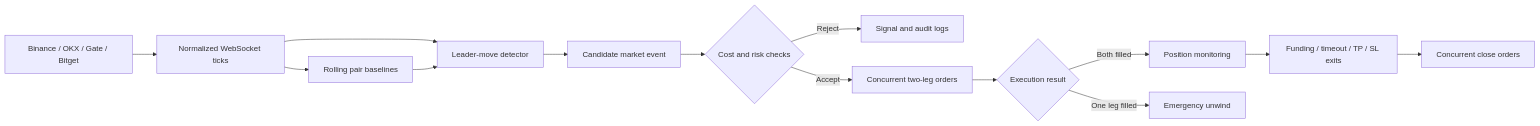
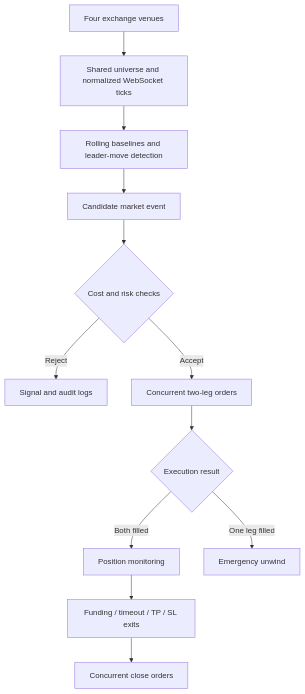
One commit to liurenchang62/cross-exchange-perpetual-swap-spread-arbitrage-system changed the diagram in README.md. Above: the diagram before and after it, drawn with Mermaid.

Commit message:
docs: improve architecture diagram readability

````diff
--- a/README.md
+++ b/README.md
@@ -20,16 +20,14 @@
 ```mermaid
-flowchart LR
-    A[Binance / OKX / Gate / Bitget] --> B[Normalized WebSocket ticks]
-    B --> C[Rolling pair baselines]
-    B --> D[Leader-move detector]
-    C --> D
-    D --> E[Candidate market event]
-    E --> F{Cost and risk checks}
-    F -->|Reject| G[Signal and audit logs]
-    F -->|Accept| H[Concurrent two-leg orders]
-    H --> I{Execution result}
-    I -->|Both filled| J[Position monitoring]
-    I -->|One leg filled| K[Emergency unwind]
-    J --> L[Funding / timeout / TP / SL exits]
-    L --> M[Concurrent close orders]
+flowchart TB
+    A[Four exchange venues] --> B[Shared universe and normalized WebSocket ticks]
+    B --> C[Rolling baselines and leader-move detection]
+    C --> D[Candidate market event]
+    D --> E{Cost and risk checks}
+    E -->|Reject| F[Signal and audit logs]
+    E -->|Accept| G[Concurrent two-leg orders]
+    G --> H{Execution result}
+    H -->|Both filled| I[Position monitoring]
+    H -->|One leg filled| J[Emergency unwind]
+    I --> K[Funding / timeout / TP / SL exits]
+    K --> L[Concurrent close orders]
 ```
````
